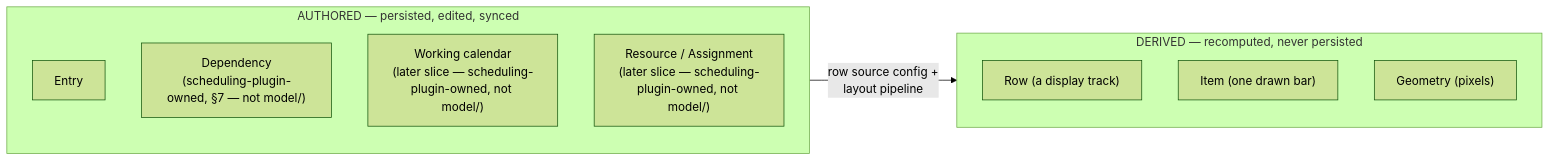
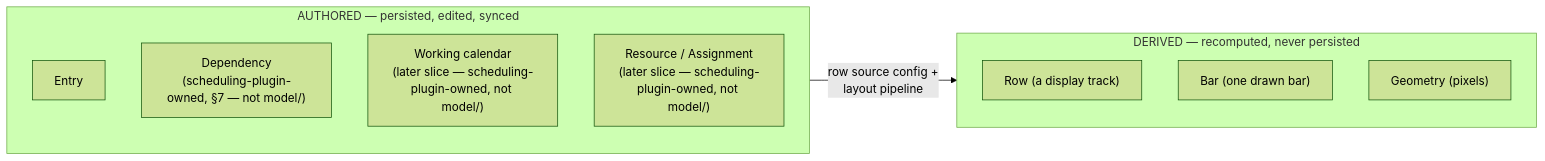
The second of 6 diagrams in plans/01-domain-architecture.md (freegantt/freegantt), drawn with Mermaid (forest theme) before and after one commit. The commit also changed other lines of this file and 64 other files, not shown here.

First line of the commit message:
421 C6b: Item becomes Bar everywhere the domain means a drawn bar

````diff
--- a/plans/01-domain-architecture.md
+++ b/plans/01-domain-architecture.md
@@ -110,19 +110,19 @@
 ```mermaid
 flowchart LR
   subgraph authored["AUTHORED — persisted, edited, synced"]
     direction TB
     T["Entry"]
     DEP["Dependency<br/>(scheduling-plugin-owned, §7 — not model/)"]
     CAL["Working calendar<br/>(later slice — scheduling-plugin-owned, not model/)"]
     RES["Resource / Assignment<br/>(later slice — scheduling-plugin-owned, not model/)"]
   end
 
   subgraph derived["DERIVED — recomputed, never persisted"]
     direction TB
     ROW["Row (a display track)"]
-    ITEM["Item (one drawn bar)"]
+    BAR["Bar (one drawn bar)"]
     GEO["Geometry (pixels)"]
   end
 
   authored -->|"row source config +<br/>layout pipeline"| derived
 ```
````
